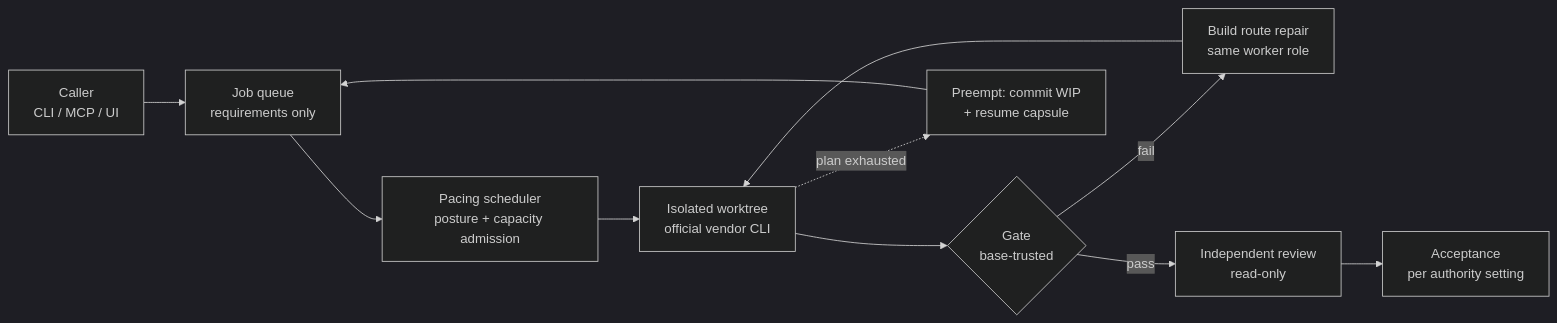
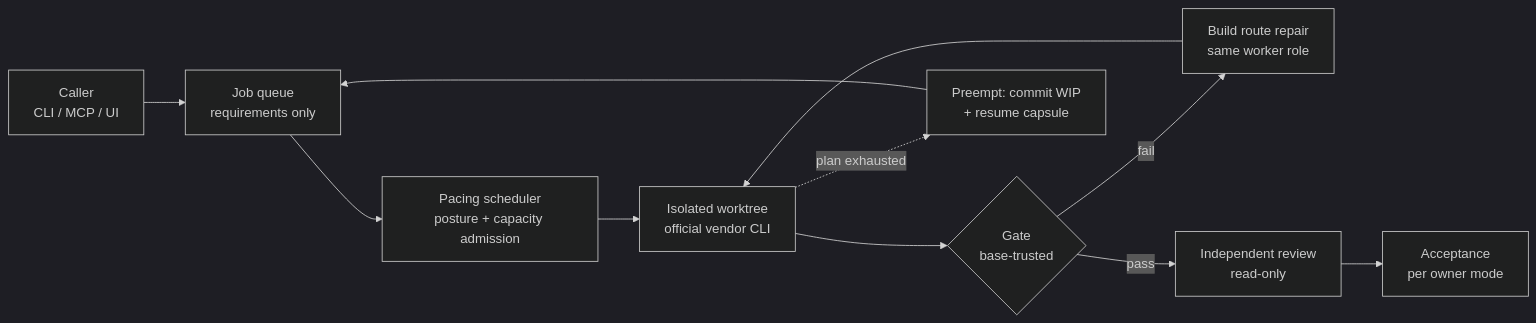
The diagram in README.md (sabers13/SaberOps), drawn with Mermaid (dark theme) before and after one commit. The commit also changed other lines of this file and 25 other files, not shown here.

First line of the commit message:
Fold the authority presets into the owner mode (expand and migrate)

````diff
--- a/README.md
+++ b/README.md
@@ -74,13 +74,13 @@
 ```mermaid
 flowchart LR
     S[Caller<br/>CLI / MCP / UI] --> J[Job queue<br/>requirements only]
     J --> SC[Pacing scheduler<br/>posture + capacity admission]
     SC --> W[Isolated worktree<br/>official vendor CLI]
     W --> G{Gate<br/>base-trusted}
     G -- fail --> R[Build route repair<br/>same worker role]
     R --> W
     G -- pass --> RV[Independent review<br/>read-only]
-    RV --> A[Acceptance<br/>per authority setting]
+    RV --> A[Acceptance<br/>per owner mode]
     W -. plan exhausted .-> P[Preempt: commit WIP<br/>+ resume capsule]
     P --> J
 ```
````
